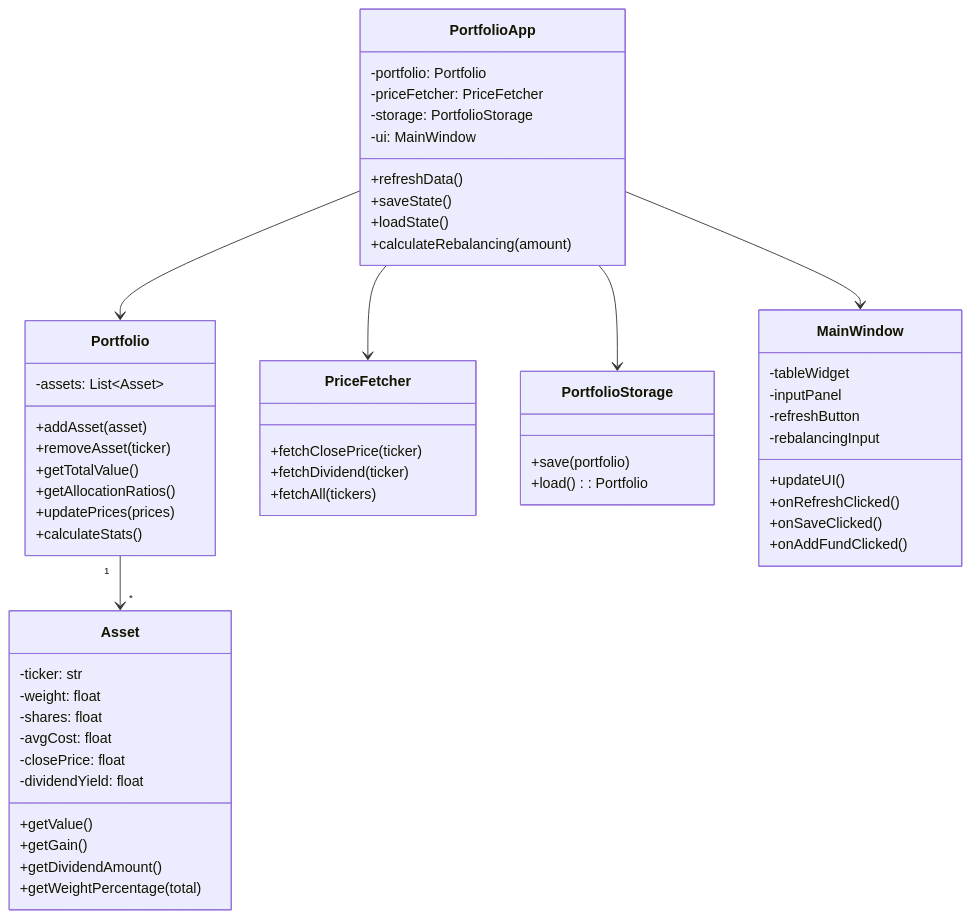
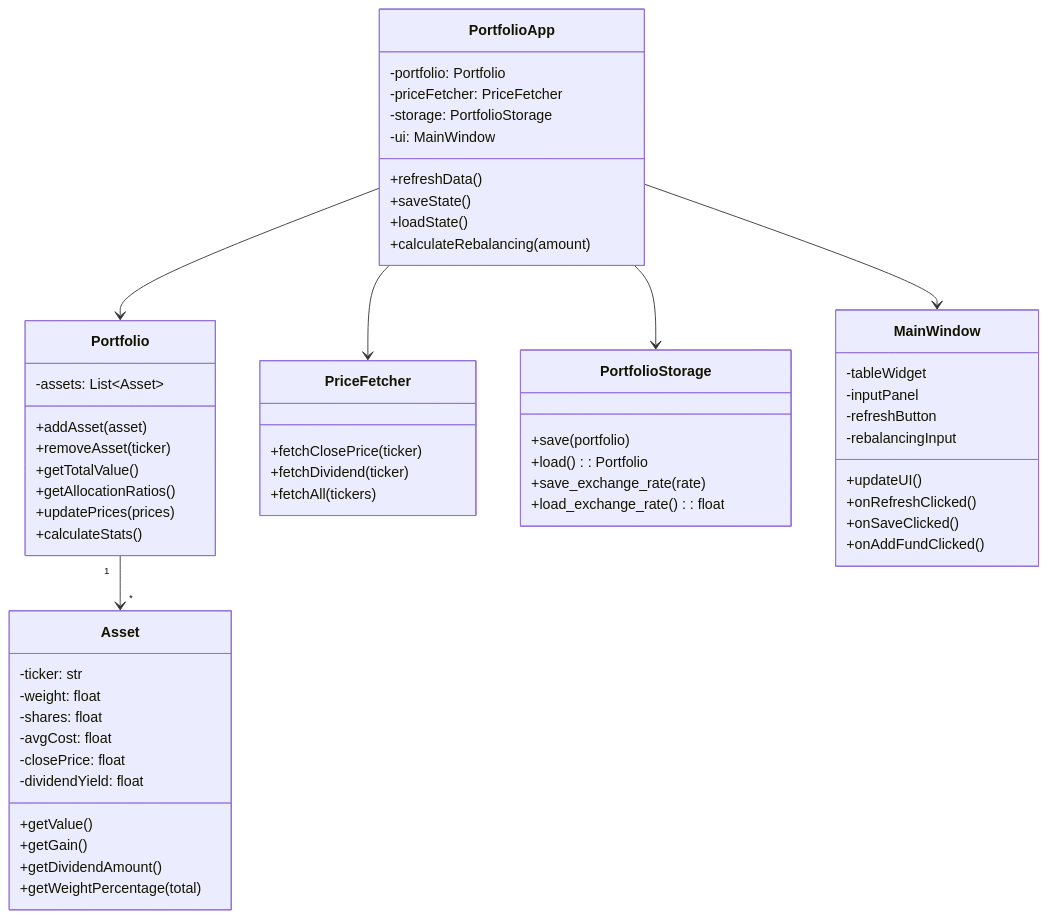
Before and after one commit to StreoCalibration/DivFlow_1: the diagram in doc/architecture/diagrams/class_diagram.md, drawn with Mermaid. The commit also changed 7 other files, not shown here.

Commit message:
Add JSON storage for exchange rate

````diff
--- a/doc/architecture/diagrams/class_diagram.md
+++ b/doc/architecture/diagrams/class_diagram.md
@@ -2,58 +2,60 @@
 ```mermaid
 classDiagram
     class PortfolioApp {
         -portfolio: Portfolio
         -priceFetcher: PriceFetcher
         -storage: PortfolioStorage
         -ui: MainWindow
         +refreshData()
         +saveState()
         +loadState()
         +calculateRebalancing(amount)
     }
     class Portfolio {
         -assets: List~Asset~
         +addAsset(asset)
         +removeAsset(ticker)
         +getTotalValue()
         +getAllocationRatios()
         +updatePrices(prices)
         +calculateStats()
     }
     class Asset {
         -ticker: str
         -weight: float
         -shares: float
         -avgCost: float
         -closePrice: float
         -dividendYield: float
         +getValue()
         +getGain()
         +getDividendAmount()
         +getWeightPercentage(total)
     }
     class PriceFetcher {
         +fetchClosePrice(ticker)
         +fetchDividend(ticker)
         +fetchAll(tickers)
     }
     class PortfolioStorage {
         +save(portfolio)
         +load(): Portfolio
+        +save_exchange_rate(rate)
+        +load_exchange_rate(): float
     }
     class MainWindow {
         -tableWidget
         -inputPanel
         -refreshButton
         -rebalancingInput
         +updateUI()
         +onRefreshClicked()
         +onSaveClicked()
         +onAddFundClicked()
     }
     PortfolioApp --> Portfolio
     PortfolioApp --> PriceFetcher
     PortfolioApp --> PortfolioStorage
     PortfolioApp --> MainWindow
     Portfolio "1" --> "*" Asset
 ```
````
